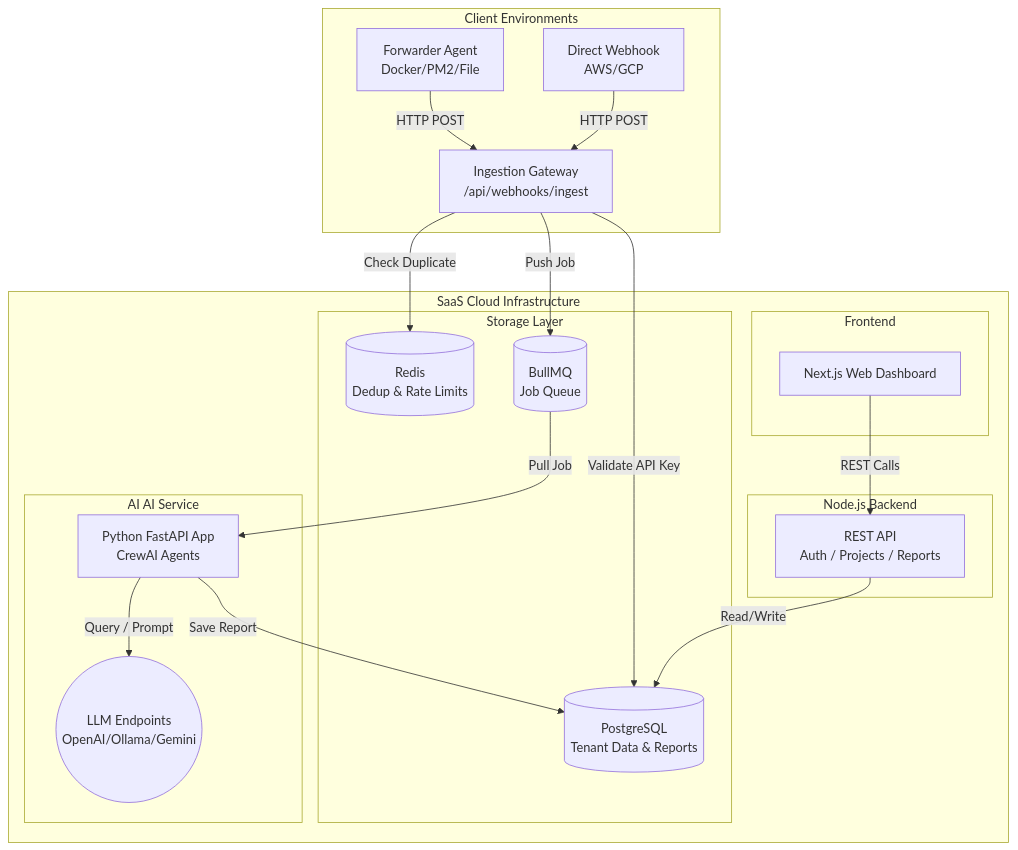
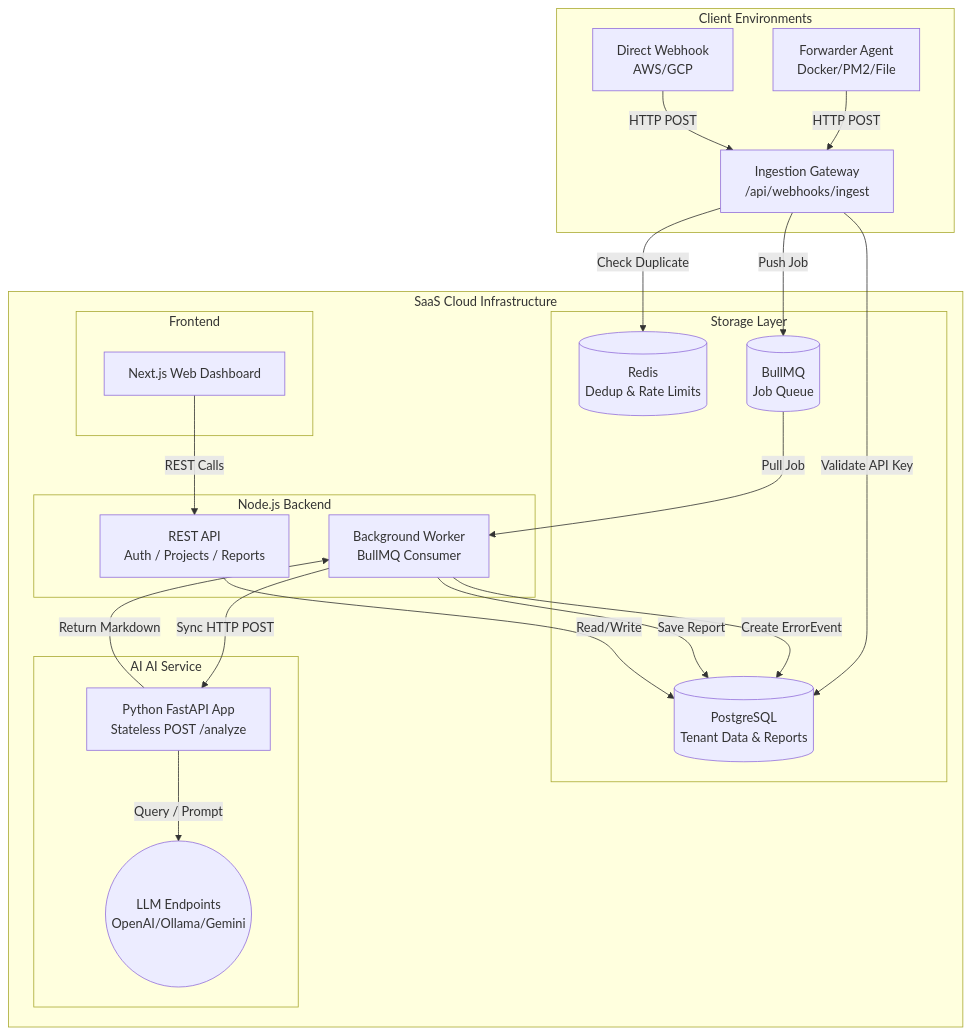
Before and after one commit to muddledluck/Agentic-Log-Analyzer-And-Auto-Fixer: the first of 2 diagrams in docs/saas/hld.md, drawn with Mermaid. The commit also changed other lines of this file, not shown here.

Commit message:
docs(saas): Refactor architecture to stateless AI and Node.js-centric DB/Queue operations

````diff
--- a/docs/saas/hld.md
+++ b/docs/saas/hld.md
@@ -17,41 +17,45 @@
 ```mermaid
 graph TD
     subgraph Client Environments
         CA[Forwarder Agent<br/>Docker/PM2/File] -->|HTTP POST| GW
         CB[Direct Webhook<br/>AWS/GCP] -->|HTTP POST| GW
     end
 
     subgraph SaaS Cloud Infrastructure
         subgraph Node.js Backend 
             GW[Ingestion Gateway<br/>/api/webhooks/ingest]
+            BW[Background Worker<br/>BullMQ Consumer]
             API[REST API<br/>Auth / Projects / Reports]
         end
 
         subgraph Storage Layer
             DB[(PostgreSQL<br/>Tenant Data & Reports)]
             RD[(Redis<br/>Dedup & Rate Limits)]
             MQ[(BullMQ<br/>Job Queue)]
         end
 
         subgraph AI AI Service
-            AI[Python FastAPI App<br/>CrewAI Agents]
+            AI[Python FastAPI App<br/>Stateless POST /analyze]
             LLM((LLM Endpoints<br/>OpenAI/Ollama/Gemini))
         end
         
         subgraph Frontend
             UI[Next.js Web Dashboard]
         end
 
         %% Connections
         GW -- Validate API Key --> DB
         GW -- Check Duplicate --> RD
         GW -- Push Job --> MQ
         
-        MQ -- Pull Job --> AI
+        MQ -- Pull Job --> BW
+        BW -- Create ErrorEvent --> DB
+        BW -- Sync HTTP POST --> AI
         AI -- Query / Prompt --> LLM
-        AI -- Save Report --> DB
+        AI -- Return Markdown --> BW
+        BW -- Save Report --> DB
         
         UI -- REST Calls --> API
         API -- Read/Write --> DB
     end
 ```
````
